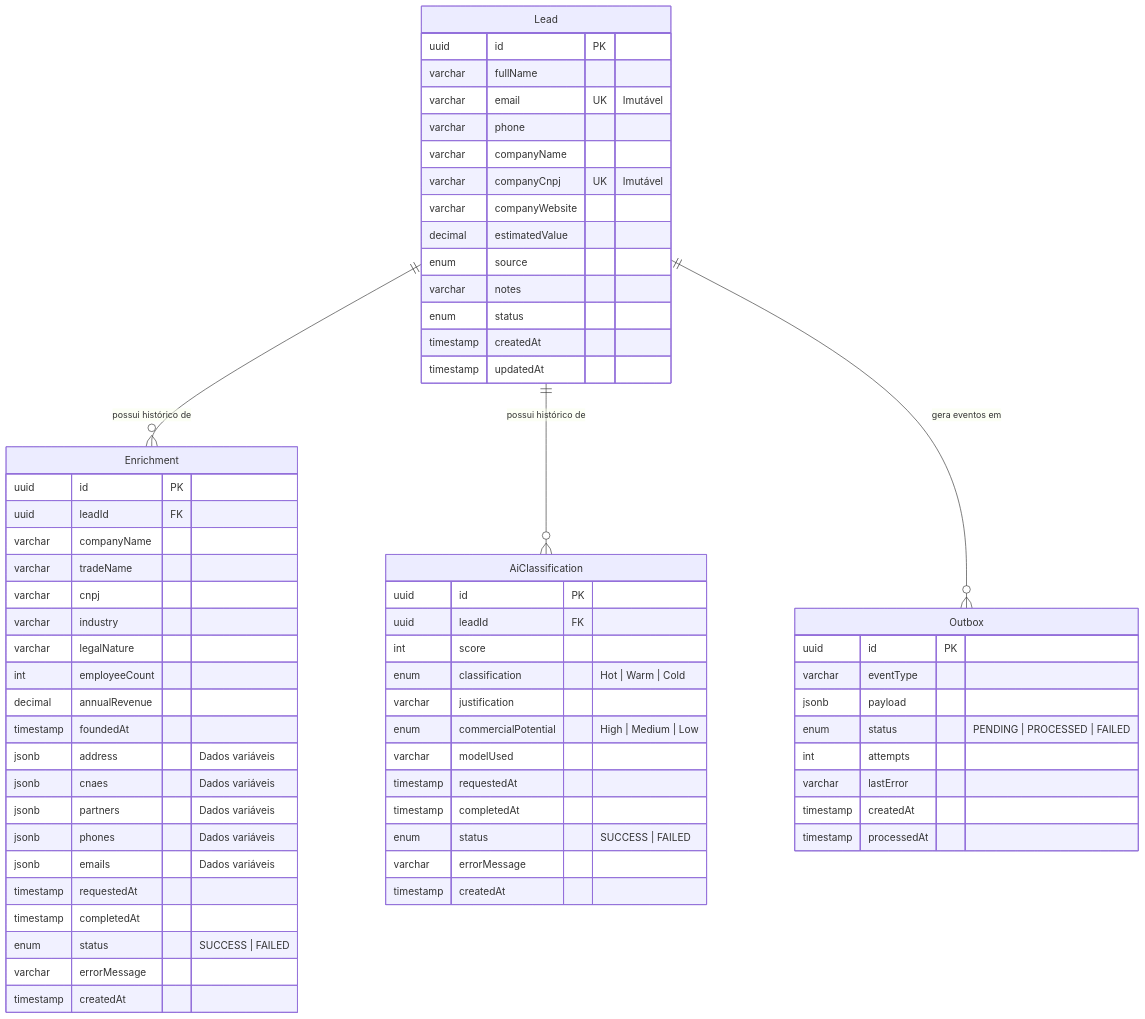
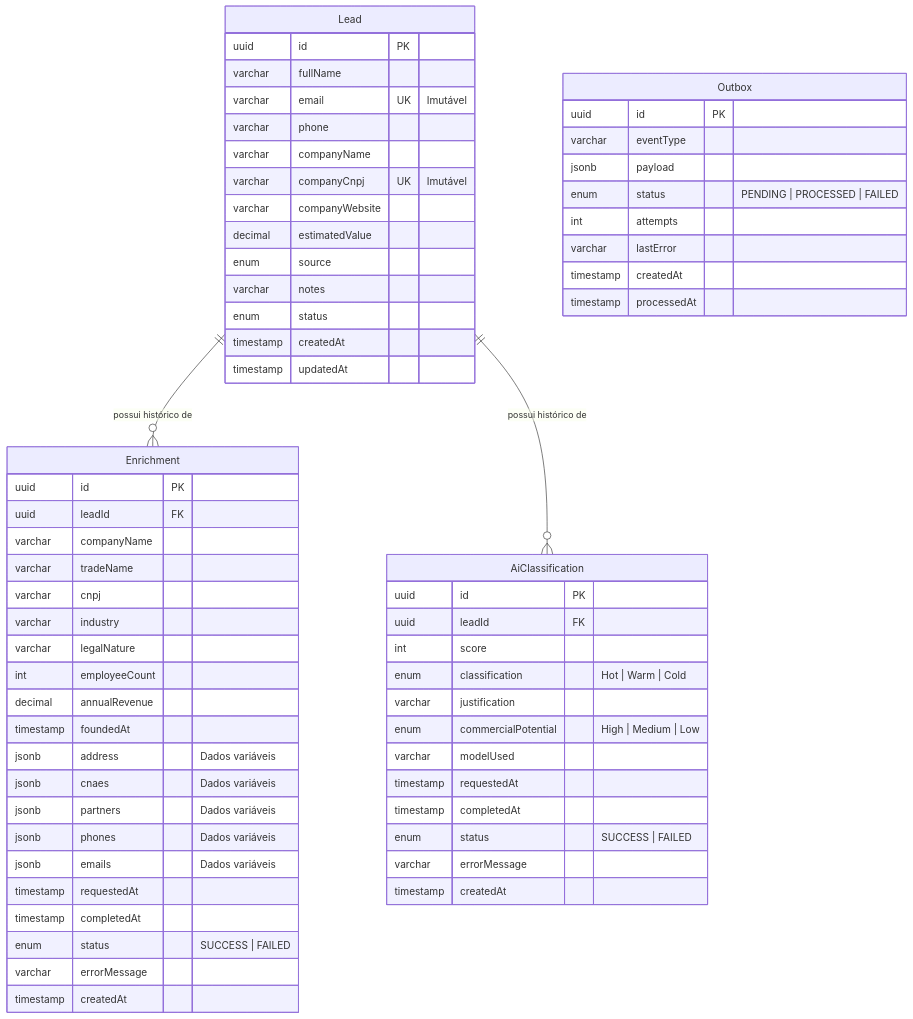
The second of 2 diagrams in README.pt-BR.md (luluopa/semantic-lead-intelligence-engine), drawn with Mermaid before and after one commit. The commit also changed 1 other file, not shown here.

Commit message:
docs: remove Outbox references from README and README.pt-BR to reflect recent architectural changes

````diff
--- a/README.pt-BR.md
+++ b/README.pt-BR.md
@@ -101,71 +101,70 @@
 ```mermaid
 erDiagram
     Lead {
         uuid id PK
         varchar fullName
         varchar email UK "Imutável"
         varchar phone
         varchar companyName
         varchar companyCnpj UK "Imutável"
         varchar companyWebsite
         decimal estimatedValue
         enum source
         varchar notes
         enum status
         timestamp createdAt
         timestamp updatedAt
     }
 
     Enrichment {
         uuid id PK
         uuid leadId FK
         varchar companyName
         varchar tradeName
         varchar cnpj
         varchar industry
         varchar legalNature
         int employeeCount
         decimal annualRevenue
         timestamp foundedAt
         jsonb address "Dados variáveis"
         jsonb cnaes "Dados variáveis"
         jsonb partners "Dados variáveis"
         jsonb phones "Dados variáveis"
         jsonb emails "Dados variáveis"
         timestamp requestedAt
         timestamp completedAt
         enum status "SUCCESS | FAILED"
         varchar errorMessage
         timestamp createdAt
     }
 
     AiClassification {
         uuid id PK
         uuid leadId FK
         int score
         enum classification "Hot | Warm | Cold"
         varchar justification
         enum commercialPotential "High | Medium | Low"
         varchar modelUsed
         timestamp requestedAt
         timestamp completedAt
         enum status "SUCCESS | FAILED"
         varchar errorMessage
         timestamp createdAt
     }
 
     Outbox {
         uuid id PK
         varchar eventType
         jsonb payload
         enum status "PENDING | PROCESSED | FAILED"
         int attempts
         varchar lastError
         timestamp createdAt
         timestamp processedAt
     }
 
     Lead ||--o{ Enrichment : "possui histórico de"
     Lead ||--o{ AiClassification : "possui histórico de"
-    Lead ||--o{ Outbox : "gera eventos em"
 ```
````
